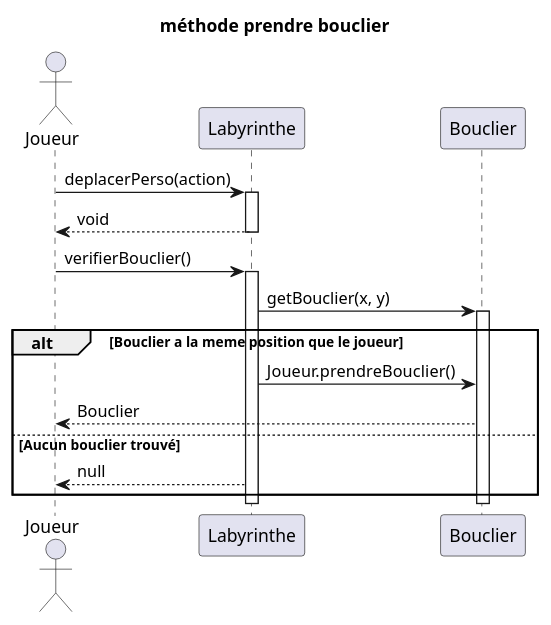
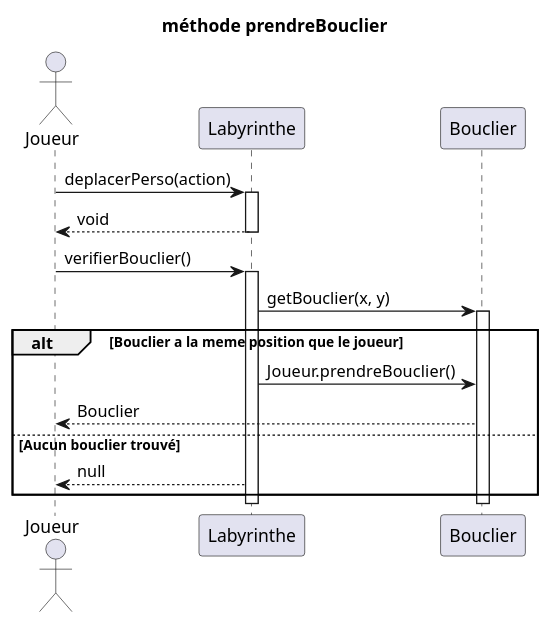
One commit to Packingdustry/2024_Zeldiablo_massoncl1u_delaborde2u_e2074u_marti1228u_e2920u changed the diagram in projet_zeldiablo/documents/version_4/prendreBouclier.puml. Above: the diagram before and after it, drawn with PlantUML.

Commit message:
prendreBouclier diag seq2

```diff
--- a/projet_zeldiablo/documents/version_4/prendreBouclier.puml
+++ b/projet_zeldiablo/documents/version_4/prendreBouclier.puml
@@ -1,24 +1,24 @@
 @startuml
-title méthode prendre bouclier
+title méthode prendreBouclier
 actor Joueur
 participant Labyrinthe
 participant Bouclier
 
 Joueur -> Labyrinthe: deplacerPerso(action)
 activate Labyrinthe
 Labyrinthe --> Joueur: void
 deactivate Labyrinthe
 
 Joueur -> Labyrinthe: verifierBouclier()
 activate Labyrinthe
 Labyrinthe -> Bouclier: getBouclier(x, y)
 activate Bouclier
 alt Bouclier a la meme position que le joueur
     Labyrinthe -> Bouclier: Joueur.prendreBouclier()
     Bouclier --> Joueur: Bouclier
 else Aucun bouclier trouvé
     Labyrinthe --> Joueur: null
 end
 deactivate Bouclier
 deactivate Labyrinthe
 @enduml
```
